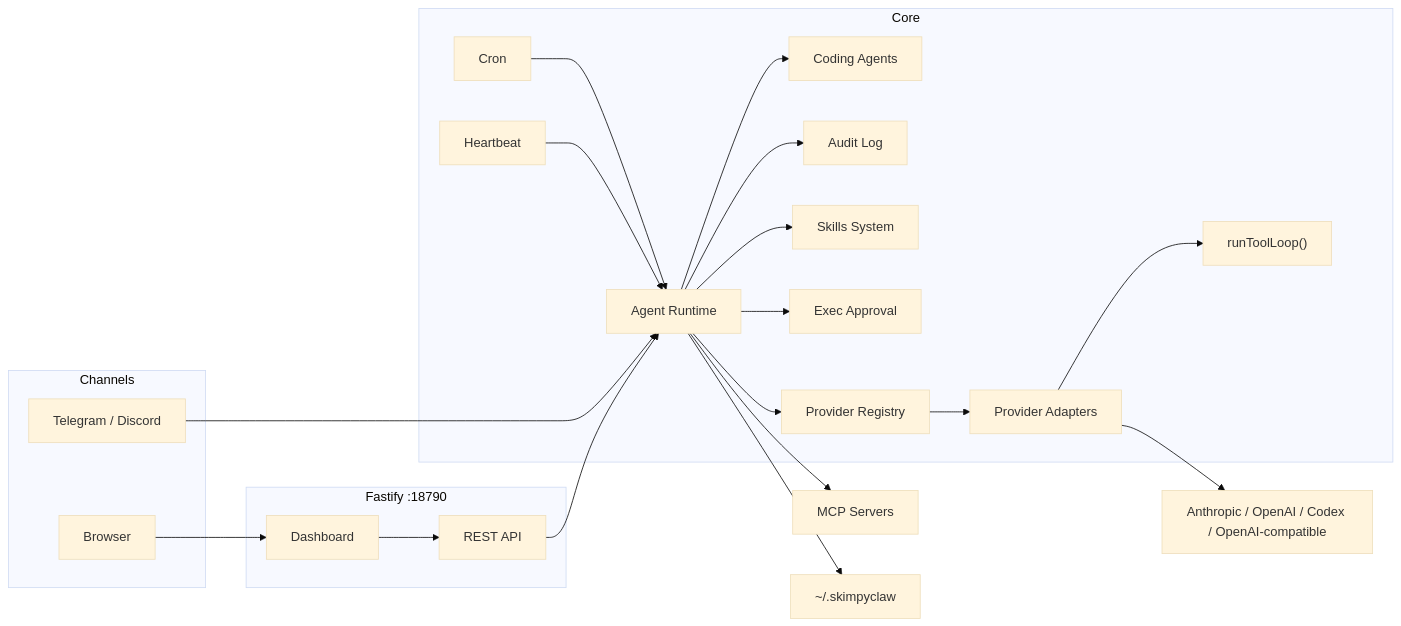
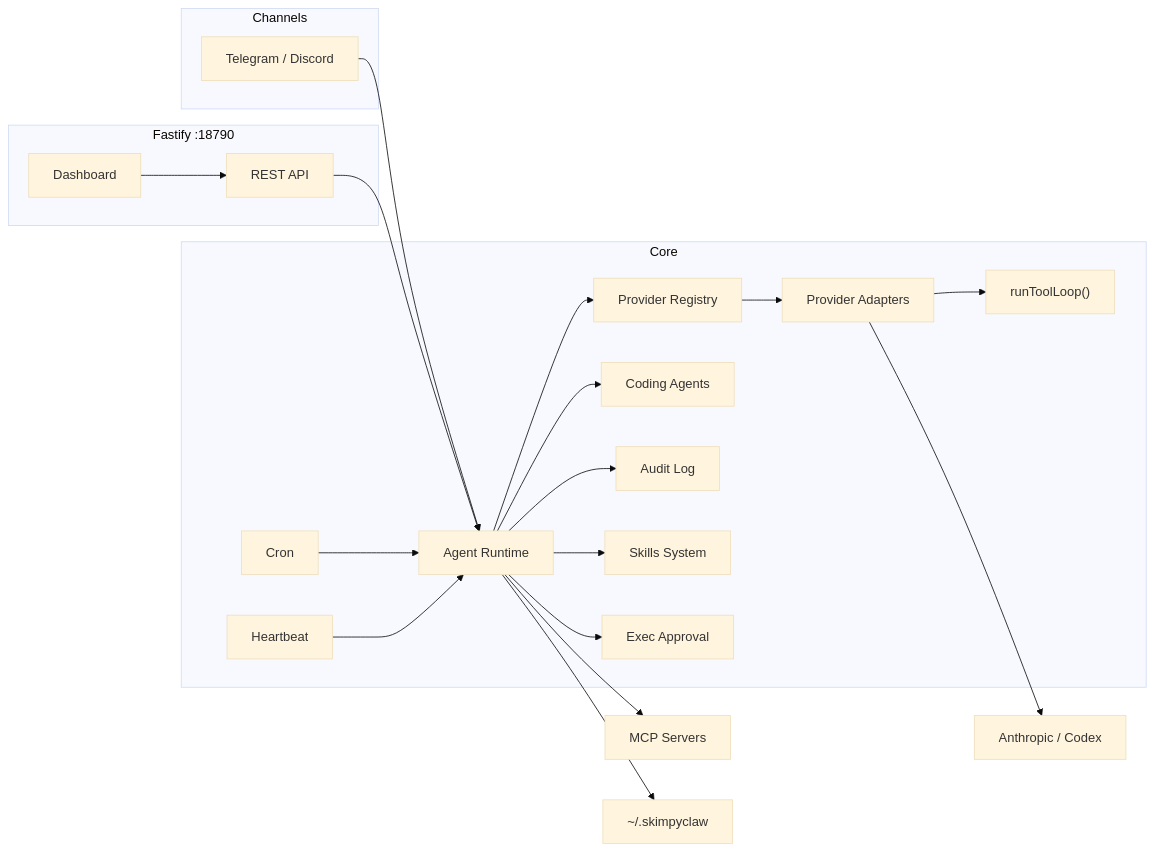
Before and after one commit to kat3samsin/skimpyclaw: the diagram in README.md, drawn with Mermaid (base theme). The commit also changed other lines of this file and 60 other files, not shown here.

````diff
--- a/README.md
+++ b/README.md
@@ -45,39 +45,38 @@
 ```mermaid
 flowchart LR
   subgraph Channels
     user["Telegram / Discord"]
-    browser["Browser"]
   end
 
   subgraph Gateway["Fastify :18790"]
     dash["Dashboard"]
     api["REST API"]
   end
 
   subgraph Core
     agent["Agent Runtime"]
     registry["Provider Registry"]
     adapters["Provider Adapters"]
     loop["runToolLoop()"]
     codeAgents["Coding Agents"]
     cron["Cron"]
     hb["Heartbeat"]
     audit["Audit Log"]
     skills["Skills System"]
     approvals["Exec Approval"]
   end
 
   user --> agent
-  browser --> dash --> api --> agent
+  dash --> api --> agent
   cron --> agent
   hb --> agent
   agent --> codeAgents
   agent --> audit
   agent --> skills
   agent --> approvals
   agent --> registry --> adapters
   adapters --> loop
-  adapters --> models["Anthropic / OpenAI / Codex / OpenAI-compatible"]
+  adapters --> models["Anthropic / Codex"]
   agent --> mcp["MCP Servers"]
   agent --> fs["~/.skimpyclaw"]
 ```
````
